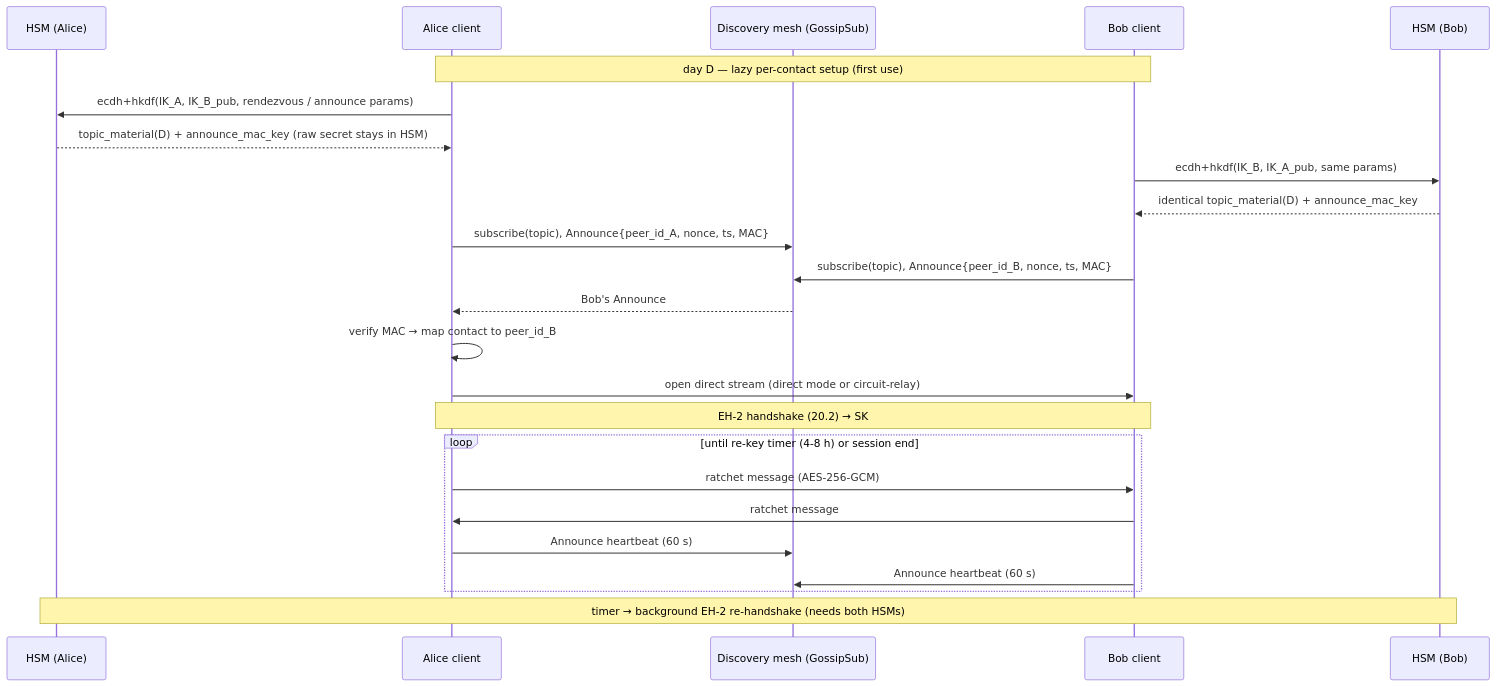
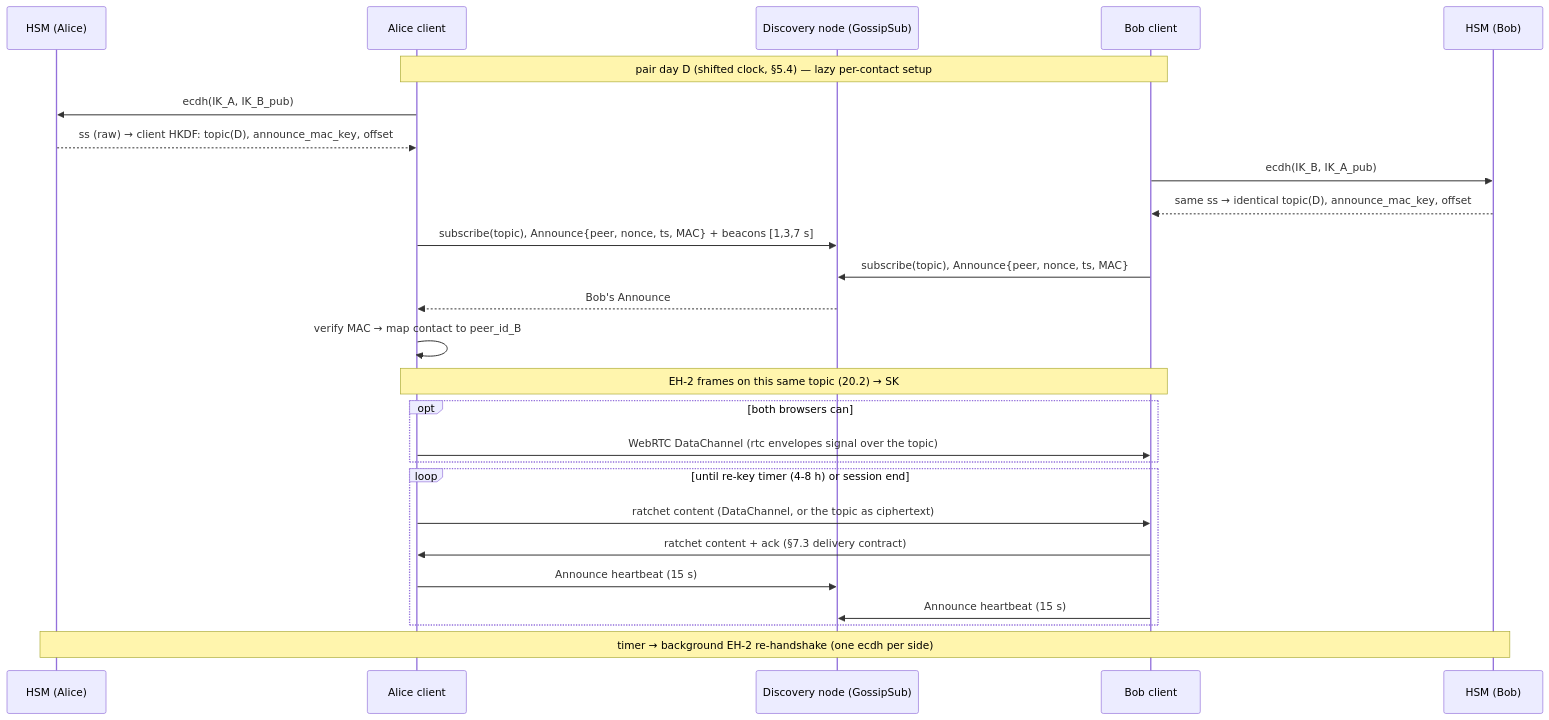
One commit to encedo/encedo-chat changed the first of 6 diagrams in docs/PROTOCOL.md. Above: the diagram before and after it, drawn with Mermaid. The commit also changed other lines of this file and 11 other files, not shown here.

````diff
--- a/docs/PROTOCOL.md
+++ b/docs/PROTOCOL.md
@@ -1038,28 +835,30 @@
 ```mermaid
 sequenceDiagram
     participant HA as HSM (Alice)
     participant A as Alice client
-    participant N as Discovery mesh (GossipSub)
+    participant N as Discovery node (GossipSub)
     participant B as Bob client
     participant HB as HSM (Bob)
 
-    Note over A,B: day D — lazy per-contact setup (first use)
-    A->>HA: ecdh+hkdf(IK_A, IK_B_pub, rendezvous / announce params)
-    HA-->>A: topic_material(D) + announce_mac_key (raw secret stays in HSM)
-    B->>HB: ecdh+hkdf(IK_B, IK_A_pub, same params)
-    HB-->>B: identical topic_material(D) + announce_mac_key
+    Note over A,B: pair day D (shifted clock, §5.4) — lazy per-contact setup
+    A->>HA: ecdh(IK_A, IK_B_pub)
+    HA-->>A: ss (raw) → client HKDF: topic(D), announce_mac_key, offset
+    B->>HB: ecdh(IK_B, IK_A_pub)
+    HB-->>B: same ss → identical topic(D), announce_mac_key, offset
 
-    A->>N: subscribe(topic), Announce{peer_id_A, nonce, ts, MAC}
-    B->>N: subscribe(topic), Announce{peer_id_B, nonce, ts, MAC}
+    A->>N: subscribe(topic), Announce{peer, nonce, ts, MAC} + beacons [1,3,7 s]
+    B->>N: subscribe(topic), Announce{peer, nonce, ts, MAC}
     N-->>A: Bob's Announce
     A->>A: verify MAC → map contact to peer_id_B
-    A->>B: open direct stream (direct mode or circuit-relay)
-    Note over A,B: EH-2 handshake (20.2) → SK
+    Note over A,B: EH-2 frames on this same topic (20.2) → SK
+    opt both browsers can
+        A->>B: WebRTC DataChannel (rtc envelopes signal over the topic)
+    end
     loop until re-key timer (4-8 h) or session end
-        A->>B: ratchet message (AES-256-GCM)
-        B->>A: ratchet message
-        A->>N: Announce heartbeat (60 s)
-        B->>N: Announce heartbeat (60 s)
+        A->>B: ratchet content (DataChannel, or the topic as ciphertext)
+        B->>A: ratchet content + ack (§7.3 delivery contract)
+        A->>N: Announce heartbeat (15 s)
+        B->>N: Announce heartbeat (15 s)
     end
-    Note over HA,HB: timer → background EH-2 re-handshake (needs both HSMs)
+    Note over HA,HB: timer → background EH-2 re-handshake (one ecdh per side)
 ```
````
